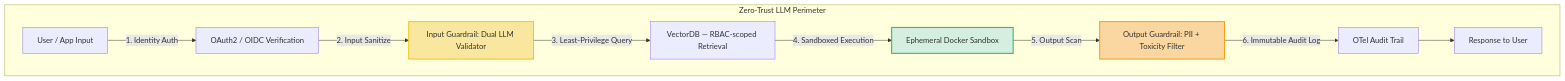
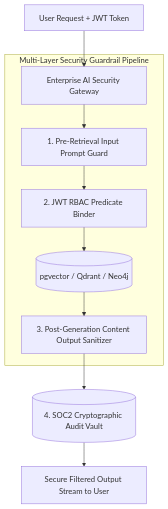
The diagram in content/series/ai-driven-playbook/part-7-ai-security-engineering.md (vesviet/vesviet), drawn with Mermaid before and after one commit. The commit also changed other lines of this file and 180 other files, not shown here.

````diff
--- a/content/series/ai-driven-playbook/part-7-ai-security-engineering.md
+++ b/content/series/ai-driven-playbook/part-7-ai-security-engineering.md
@@ -109,16 +40,14 @@
 ```mermaid
 graph TD
-    subgraph "Zero-Trust LLM Perimeter"
-        Input[User / App Input] -->|1. Identity Auth| AuthN[OAuth2 / OIDC Verification]
-        AuthN -->|2. Input Sanitize| Guard[Input Guardrail: Dual LLM Validator]
-        Guard -->|3. Least-Privilege Query| RAG[VectorDB — RBAC-scoped Retrieval]
-        RAG -->|4. Sandboxed Execution| Sandbox[Ephemeral Docker Sandbox]
-        Sandbox -->|5. Output Scan| OutGuard[Output Guardrail: PII + Toxicity Filter]
-        OutGuard -->|6. Immutable Audit Log| OTel[OTel Audit Trail]
-        OTel --> User[Response to User]
+    UserRequest[User Request + JWT Token] --> SecGateway[Enterprise AI Security Gateway]
+    
+    subgraph Multi-Layer Security Guardrail Pipeline
+        SecGateway --> InputGuard[1. Pre-Retrieval Input Prompt Guard]
+        InputGuard --> RBACBinder[2. JWT RBAC Predicate Binder]
+        RBACBinder --> VectorQuery[(pgvector / Qdrant / Neo4j)]
+        VectorQuery --> OutputSanitizer[3. Post-Generation Content Output Sanitizer]
     end
 
-    style Guard fill:#f9e79f,stroke:#f1c40f,stroke-width:2px
-    style Sandbox fill:#d4efdf,stroke:#27ae60,stroke-width:2px
-    style OutGuard fill:#fad7a1,stroke:#f39c12,stroke-width:2px
+    OutputSanitizer --> AuditVault[(4. SOC2 Cryptographic Audit Vault)]
+    AuditVault --> SecureResponse[Secure Filtered Output Stream to User]
 ```
````
